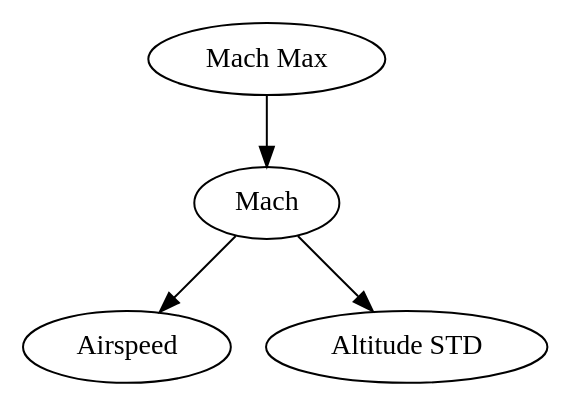
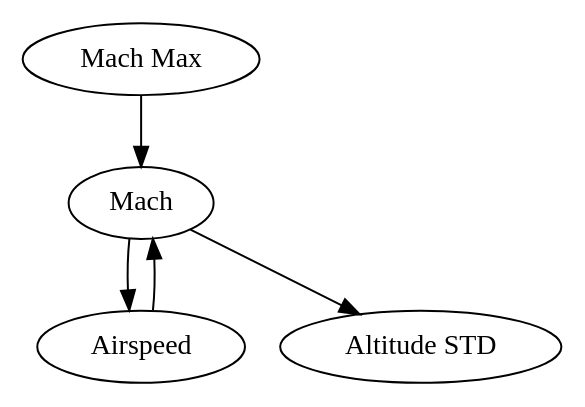
Before and after one commit to catawbasam/FlightDataAnalyzer: the first of 3 diagrams in doc/source/DependencyTree.rst, drawn with Graphviz. The commit also changed other lines of this file and 7 other files, not shown here.

Commit message:
Documentation updates including graphviz and inheritance plugins

```diff
--- a/doc/source/DependencyTree.rst
+++ b/doc/source/DependencyTree.rst
@@ -143,4 +142,5 @@
 .. digraph:: foo
 
    "Mach Max" -> "Mach" -> "Airspeed";
    "Mach" -> "Altitude STD";
+   "Airspeed" -> "Mach";
```
